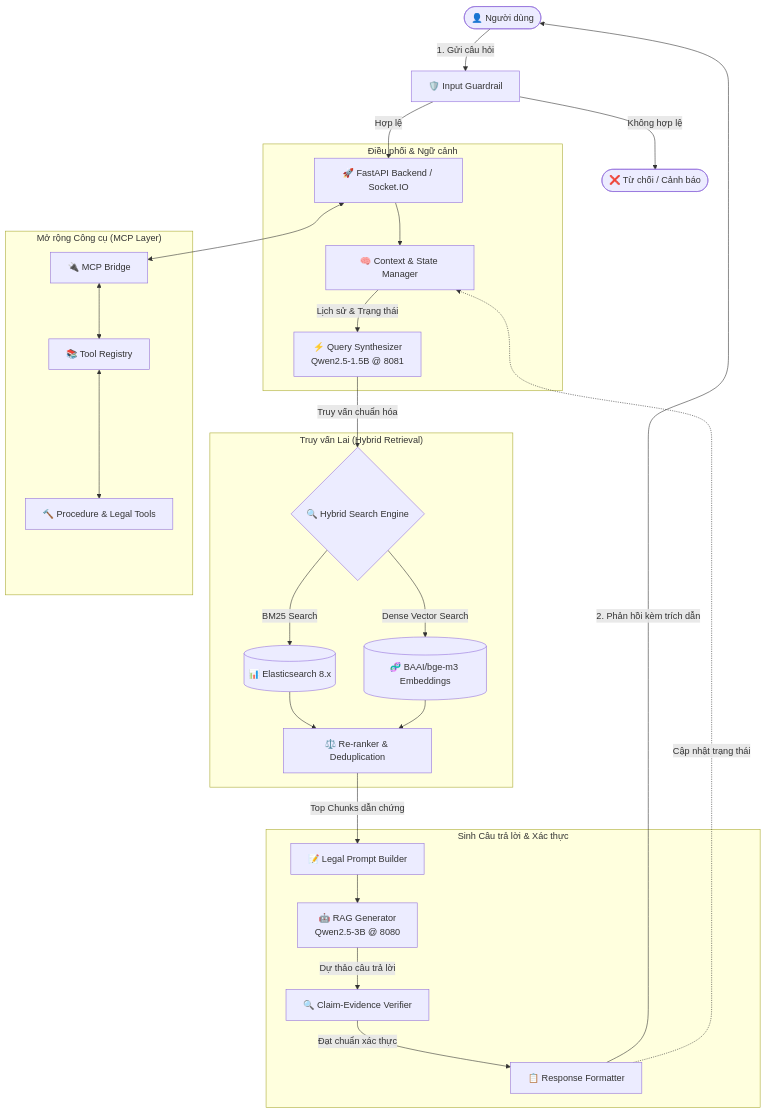
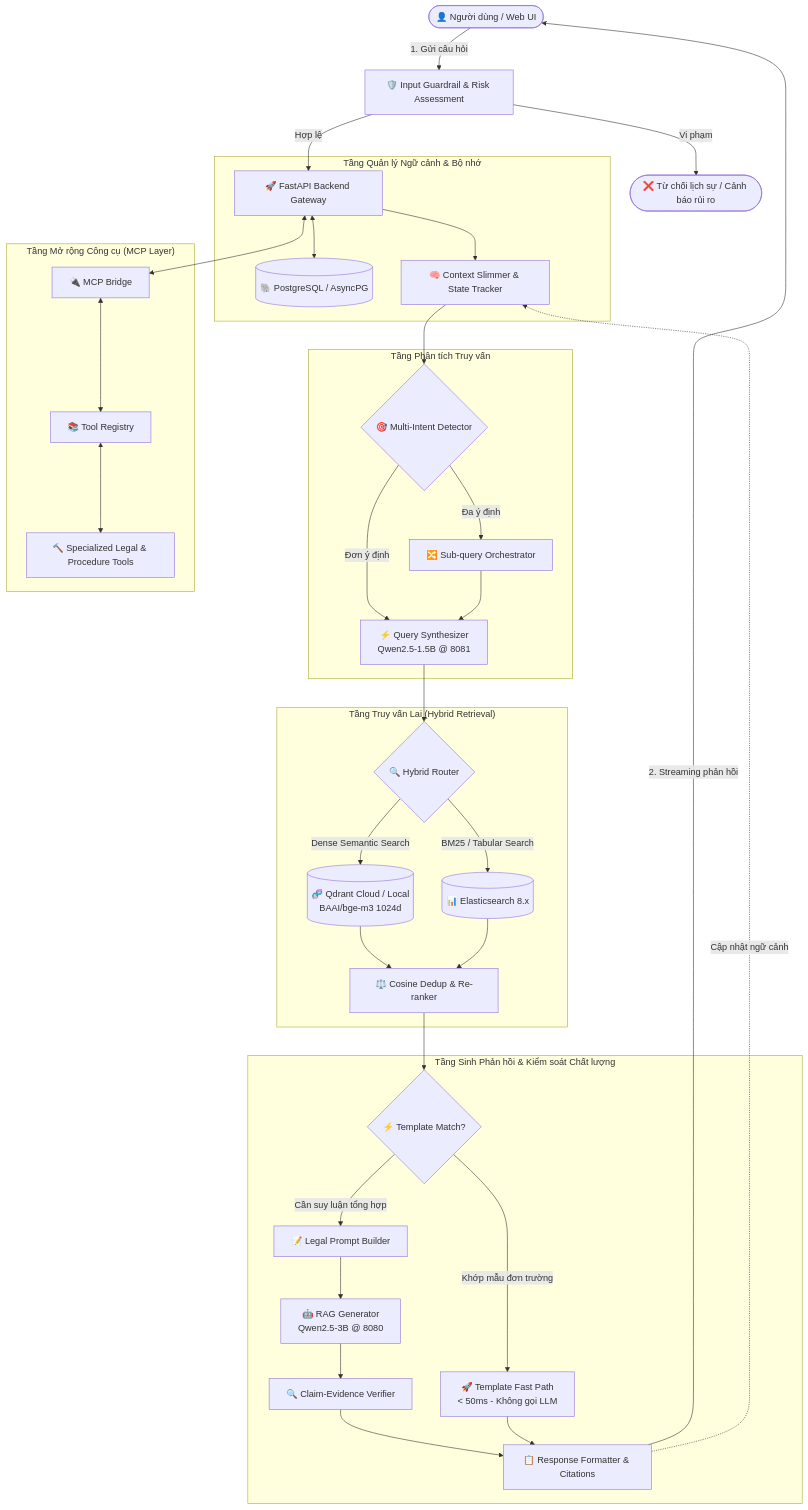
One commit to LeNPThuyVy/LLM_Administrative_Procedures changed the diagram in README.md. Above: the diagram before and after it, drawn with Mermaid. The commit also changed other lines of this file and 172 other files, not shown here.

````diff
--- a/README.md
+++ b/README.md
@@ -36,35 +79,45 @@
 ```mermaid
 flowchart TD
-    User([👤 Người dùng]) -->|1. Gửi câu hỏi| GuardIn[🛡️ Input Guardrail]
-    GuardIn -->|Hợp lệ| API[🚀 FastAPI Backend / Socket.IO]
-    GuardIn -->|Không hợp lệ| Reject([❌ Từ chối / Cảnh báo])
+    User([👤 Người dùng / Web UI]) -->|1. Gửi câu hỏi| GuardIn[🛡️ Input Guardrail & Risk Assessment]
+    GuardIn -->|Vi phạm| Reject([❌ Từ chối lịch sự / Cảnh báo rủi ro])
+    GuardIn -->|Hợp lệ| API[🚀 FastAPI Backend Gateway]
 
-    subgraph Orchestration ["Điều phối & Ngữ cảnh"]
-        API --> ContextMgr[🧠 Context & State Manager]
-        ContextMgr -->|Lịch sử & Trạng thái| Synth[⚡ Query Synthesizer\nQwen2.5-1.5B @ 8081]
+    subgraph StateManagement ["Tầng Quản lý Ngữ cảnh & Bộ nhớ"]
+        API <--> SessionDB[(🐘 PostgreSQL / AsyncPG)]
+        API --> ContextMgr[🧠 Context Slimmer & State Tracker]
     end
 
-    subgraph Retrieval ["Truy vấn Lai (Hybrid Retrieval)"]
-        Synth -->|Truy vấn chuẩn hóa| HybridSearch{🔍 Hybrid Search Engine}
-        HybridSearch -->|BM25 Search| ES[(📊 Elasticsearch 8.x)]
-        HybridSearch -->|Dense Vector Search| VecDB[(🧬 BAAI/bge-m3 Embeddings)]
-        ES --> Rerank[⚖️ Re-ranker & Deduplication]
-        VecDB --> Rerank
+    subgraph QueryAnalysis ["Tầng Phân tích Truy vấn"]
+        ContextMgr --> IntentDetect{🎯 Multi-Intent Detector}
+        IntentDetect -->|Đa ý định| Orchestrator[🔀 Sub-query Orchestrator]
+        IntentDetect -->|Đơn ý định| Synthesizer[⚡ Query Synthesizer\nQwen2.5-1.5B @ 8081]
+        Orchestrator --> Synthesizer
     end
 
-    subgraph Generation ["Sinh Câu trả lời & Xác thực"]
-        Rerank -->|Top Chunks dẫn chứng| PromptBuild[📝 Legal Prompt Builder]
-        PromptBuild --> Generator[🤖 RAG Generator\nQwen2.5-3B @ 8080]
-        Generator -->|Dự thảo câu trả lời| Verify[🔍 Claim-Evidence Verifier]
-        Verify -->|Đạt chuẩn xác thực| RespFormat[📋 Response Formatter]
+    subgraph RetrievalLayer ["Tầng Truy vấn Lai (Hybrid Retrieval)"]
+        Synthesizer --> HybridRouter{🔍 Hybrid Router}
+        HybridRouter -->|Dense Semantic Search| Qdrant[(🧬 Qdrant Cloud / Local\nBAAI/bge-m3 1024d)]
+        HybridRouter -->|BM25 / Tabular Search| ES[(📊 Elasticsearch 8.x)]
+        Qdrant --> Deduper[⚖️ Cosine Dedup & Re-ranker]
+        ES --> Deduper
     end
 
-    RespFormat -->|2. Phản hồi kèm trích dẫn| User
-    RespFormat -.->|Cập nhật trạng thái| ContextMgr
+    subgraph GenerationLayer ["Tầng Sinh Phản hồi & Kiểm soát Chất lượng"]
+        Deduper --> FastPathCheck{⚡ Template Match?}
+        FastPathCheck -->|Khớp mẫu đơn trường| FastPath[🚀 Template Fast Path\n< 50ms - Không gọi LLM]
+        FastPathCheck -->|Cần suy luận tổng hợp| PromptBuilder[📝 Legal Prompt Builder]
+        PromptBuilder --> Generator[🤖 RAG Generator\nQwen2.5-3B @ 8080]
+        Generator --> Verifier[🔍 Claim-Evidence Verifier]
+        Verifier --> Formatter[📋 Response Formatter & Citations]
+        FastPath --> Formatter
+    end
 
-    subgraph Tools ["Mở rộng Công cụ (MCP Layer)"]
+    Formatter -->|2. Streaming phản hồi| User
+    Formatter -.->|Cập nhật ngữ cảnh| ContextMgr
+
+    subgraph ToolExtension ["Tầng Mở rộng Công cụ (MCP Layer)"]
         API <--> MCPBridge[🔌 MCP Bridge]
         MCPBridge <--> MCPRegistry[📚 Tool Registry]
-        MCPRegistry <--> LegalTools[🔨 Procedure & Legal Tools]
+        MCPRegistry <--> Tools[🔨 Specialized Legal & Procedure Tools]
     end
 ```
````
